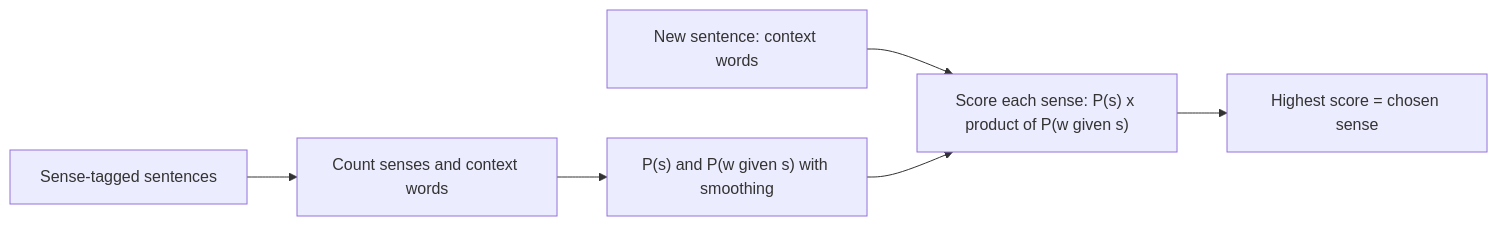
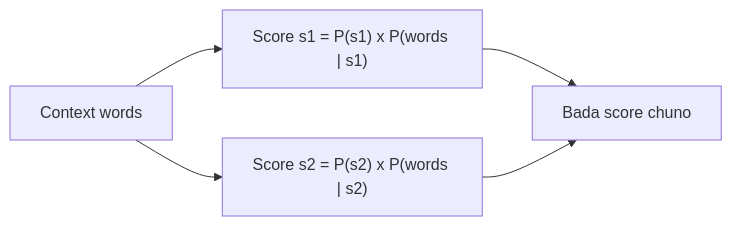
The diagram in content/natural-language-processing/pyq/2025-05-ce/q3a.hi.mdx (TrendySloth1001/sem-seven-notes), drawn with Mermaid before and after one commit. The commit also changed other lines of this file and 406 other files, not shown here.

````diff
--- a/content/natural-language-processing/pyq/2025-05-ce/q3a.hi.mdx
+++ b/content/natural-language-processing/pyq/2025-05-ce/q3a.hi.mdx
@@ -22,9 +55,8 @@
 ```mermaid
-%% caption: Naive Bayes WSD. Training mein sirf counting; testing mein prior ko har context word ki likelihood se multiply karte hain.
+%% caption: Naive Bayes WSD: har sense ke liye sense ki probability ko har context word ki probability se multiply karo.
 flowchart LR
-  A["Sense-tagged sentences"] --> B["Count senses and context words"]
-  B --> C["P(s) and P(w given s) with smoothing"]
-  D["New sentence: context words"] --> E["Score each sense: P(s) x product of P(w given s)"]
-  C --> E
-  E --> F["Highest score = chosen sense"]
+  A["Context words"] --> B["Score s1 = P(s1) x P(words | s1)"]
+  A --> C["Score s2 = P(s2) x P(words | s2)"]
+  B --> D["Bada score chuno"]
+  C --> D
 ```
````
